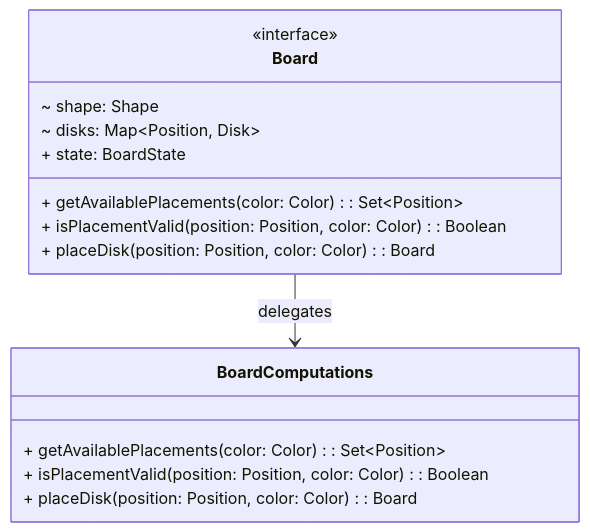
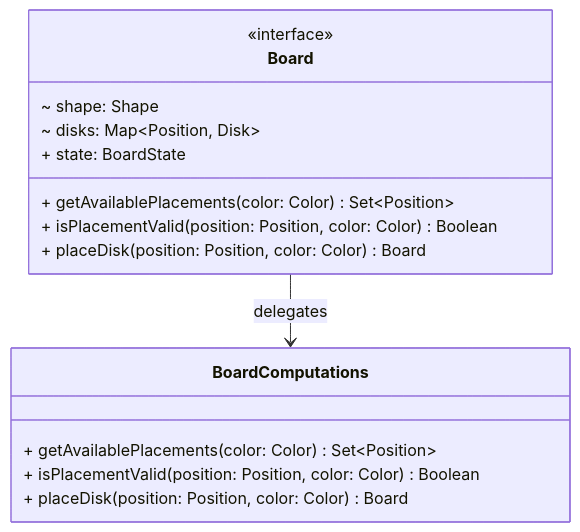
The fourth of 14 diagrams in docs/report/4-detailed-design.md (Borgotto/PPS-25-scalatello), drawn with Mermaid before and after one commit. The commit also changed other lines of this file and 10 other files, not shown here.

````diff
--- a/docs/report/4-detailed-design.md
+++ b/docs/report/4-detailed-design.md
@@ -157,18 +157,18 @@
 ```mermaid
 classDiagram
   class Board {
     <<interface>>
 	  ~ shape: Shape
     ~ disks: Map~Position, Disk~
     + state: BoardState
-    + getAvailablePlacements(color: Color): Set~Position~
-    + isPlacementValid(position: Position, color: Color): Boolean
-    + placeDisk(position: Position, color: Color): Board
+    + getAvailablePlacements(color: Color) Set~Position~
+    + isPlacementValid(position: Position, color: Color) Boolean
+    + placeDisk(position: Position, color: Color) Board
   }
   class BoardComputations {
-    + getAvailablePlacements(color: Color): Set~Position~
-    + isPlacementValid(position: Position, color: Color): Boolean
-    + placeDisk(position: Position, color: Color): Board
+    + getAvailablePlacements(color: Color) Set~Position~
+    + isPlacementValid(position: Position, color: Color) Boolean
+    + placeDisk(position: Position, color: Color) Board
   }
   Board --> BoardComputations: delegates
 ```
````
